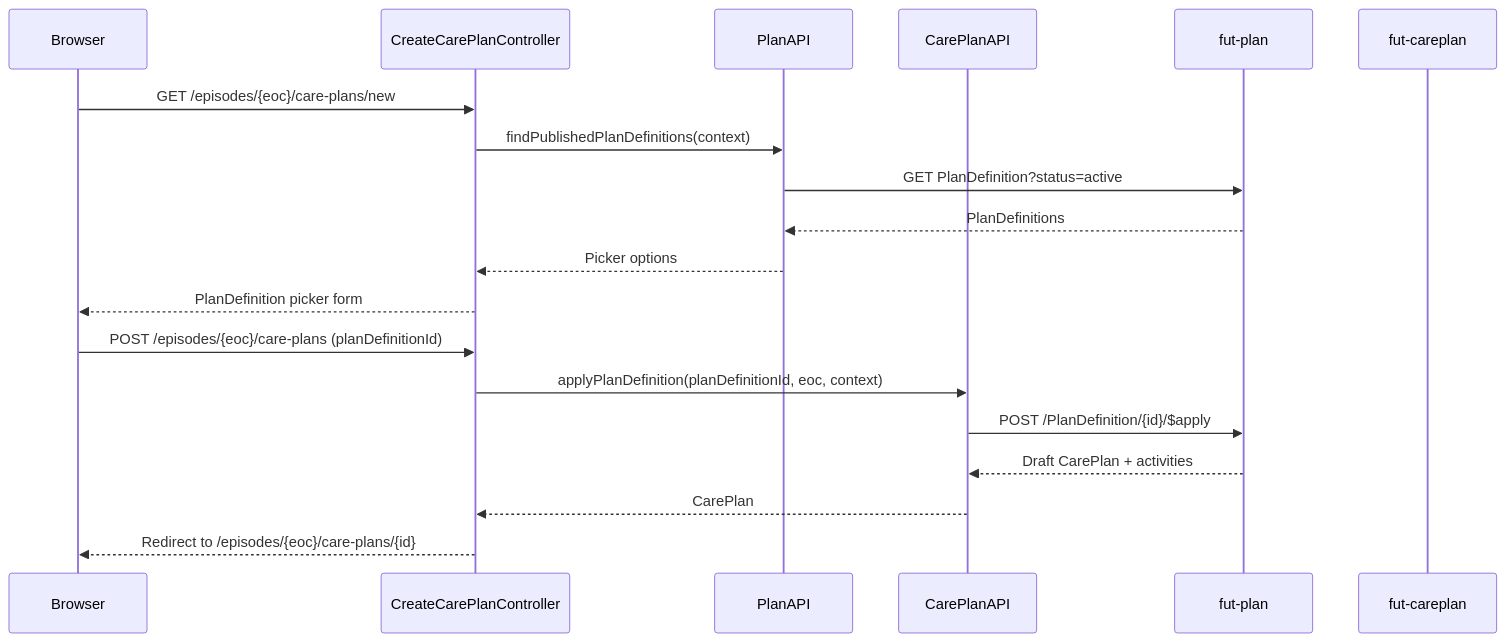
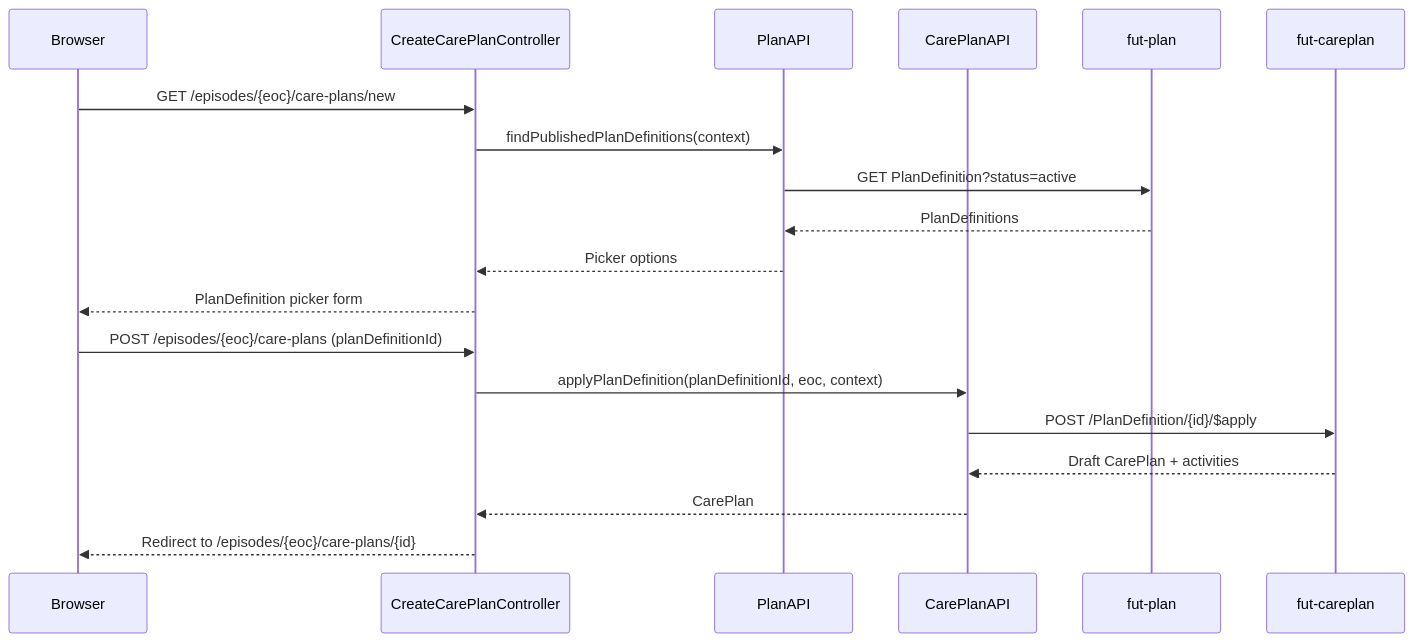
One commit to fut-infrastructure/ehealth-reference-clients changed the diagram in clinician-client/docs/care-plans.md. Above: the diagram before and after it, drawn with Mermaid. The commit also changed 7 other files, not shown here.

Commit message:
fix: small tweaks to documentation, naming and CarePlan titles

````diff
--- a/clinician-client/docs/care-plans.md
+++ b/clinician-client/docs/care-plans.md
@@ -16,21 +16,21 @@
 ```mermaid
 sequenceDiagram
     participant Browser
     participant CreateCarePlanController
     participant PlanAPI
     participant CarePlanAPI
     participant plan as fut-plan
     participant careplan as fut-careplan
     Browser ->> CreateCarePlanController: GET /episodes/{eoc}/care-plans/new
     CreateCarePlanController ->> PlanAPI: findPublishedPlanDefinitions(context)
     PlanAPI ->> plan: GET PlanDefinition?status=active
     plan -->> PlanAPI: PlanDefinitions
     PlanAPI -->> CreateCarePlanController: Picker options
     CreateCarePlanController -->> Browser: PlanDefinition picker form
     Browser ->> CreateCarePlanController: POST /episodes/{eoc}/care-plans (planDefinitionId)
     CreateCarePlanController ->> CarePlanAPI: applyPlanDefinition(planDefinitionId, eoc, context)
-    CarePlanAPI ->> plan: POST /PlanDefinition/{id}/$apply
-    plan -->> CarePlanAPI: Draft CarePlan + activities
+    CarePlanAPI ->> careplan: POST /PlanDefinition/{id}/$apply
+    careplan -->> CarePlanAPI: Draft CarePlan + activities
     CarePlanAPI -->> CreateCarePlanController: CarePlan
     CreateCarePlanController -->> Browser: Redirect to /episodes/{eoc}/care-plans/{id}
 ```
````
